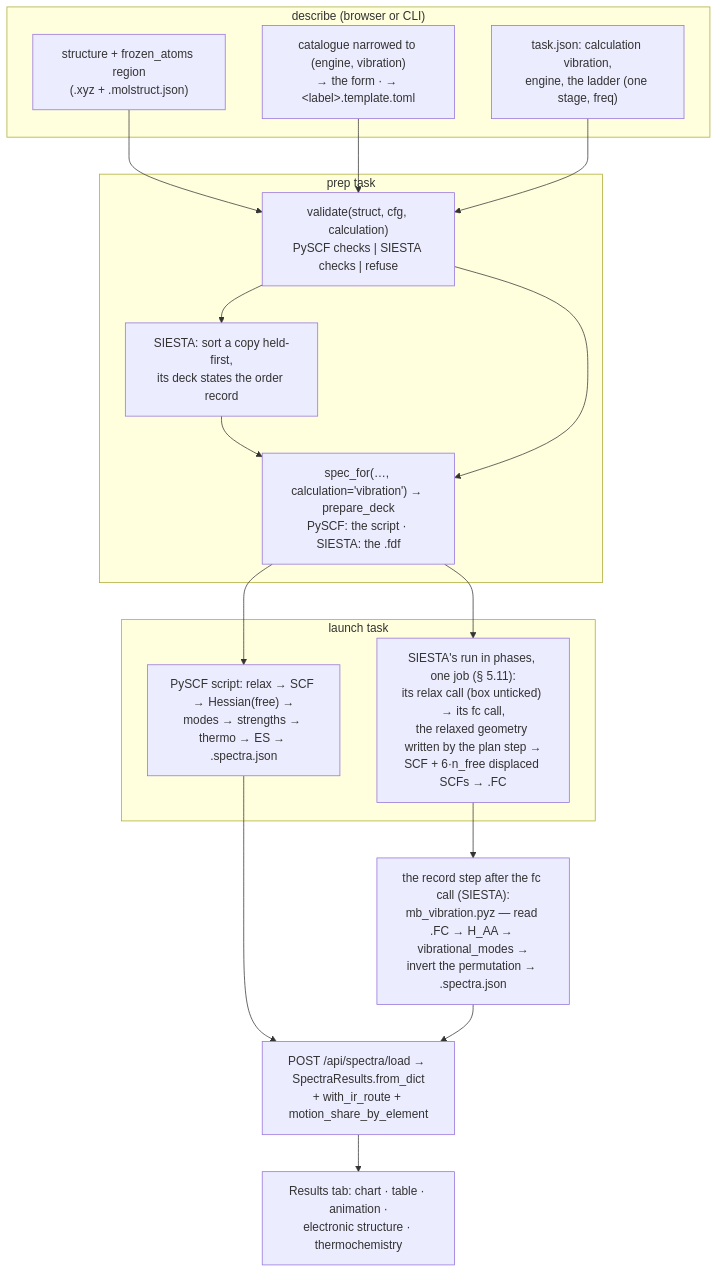
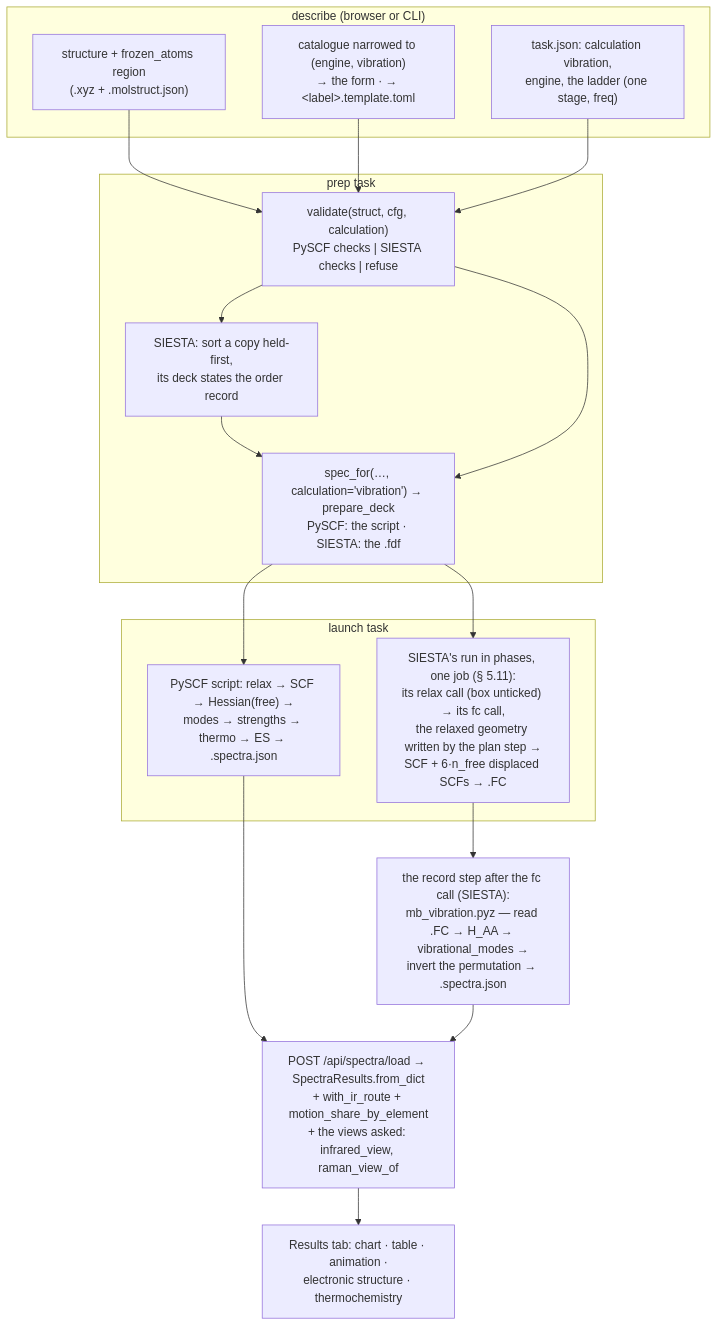
Before and after one commit to Qing-LAB/molbuilder: the second of 2 diagrams in docs/engines/vibration.md, drawn with Mermaid. The commit also changed other lines of this file and 61 other files, not shown here.

````diff
--- a/docs/engines/vibration.md
+++ b/docs/engines/vibration.md
@@ -3394,23 +3427,23 @@
 ```mermaid
 flowchart TB
   subgraph describe["describe (browser or CLI)"]
     ST["structure + frozen_atoms region<br/>(.xyz + .molstruct.json)"]
     CAT["catalogue narrowed to (engine, vibration)<br/>→ the form · → &lt;label&gt;.template.toml"]
     TJ["task.json: calculation vibration,<br/>engine, the ladder (one stage, freq)"]
   end
   subgraph prep["prep task"]
     G["validate(struct, cfg, calculation)<br/>PySCF checks #124; SIESTA checks #124; refuse"]
     SORT["SIESTA: sort a copy held-first,<br/>its deck states the order record"]
     D["spec_for(…, calculation='vibration') → prepare_deck<br/>PySCF: the script · SIESTA: the .fdf"]
   end
   subgraph run["launch task"]
     PY["PySCF script: relax → SCF → Hessian(free) →<br/>modes → strengths → thermo → ES → .spectra.json"]
     SR["SIESTA's run in phases, one job (§ 5.11):<br/>its relax call (box unticked) → its fc call,<br/>the relaxed geometry written by the plan step →<br/>SCF + 6·n_free displaced SCFs → .FC"]
   end
   SUM["the record step after the fc call (SIESTA):<br/>mb_vibration.pyz — read .FC → H_AA → vibrational_modes →<br/>invert the permutation → .spectra.json"]
-  LOAD["POST /api/spectra/load → SpectraResults.from_dict<br/>+ with_ir_route + motion_share_by_element"]
+  LOAD["POST /api/spectra/load → SpectraResults.from_dict<br/>+ with_ir_route + motion_share_by_element<br/>+ the views asked: infrared_view, raman_view_of"]
   VIEW["Results tab: chart · table · animation ·<br/>electronic structure · thermochemistry"]
   ST --> G; CAT --> G; TJ --> G; G --> SORT --> D; G --> D
   D --> PY; D --> SR
   SR --> SUM; PY --> LOAD; SUM --> LOAD; LOAD --> VIEW
 ```
````
